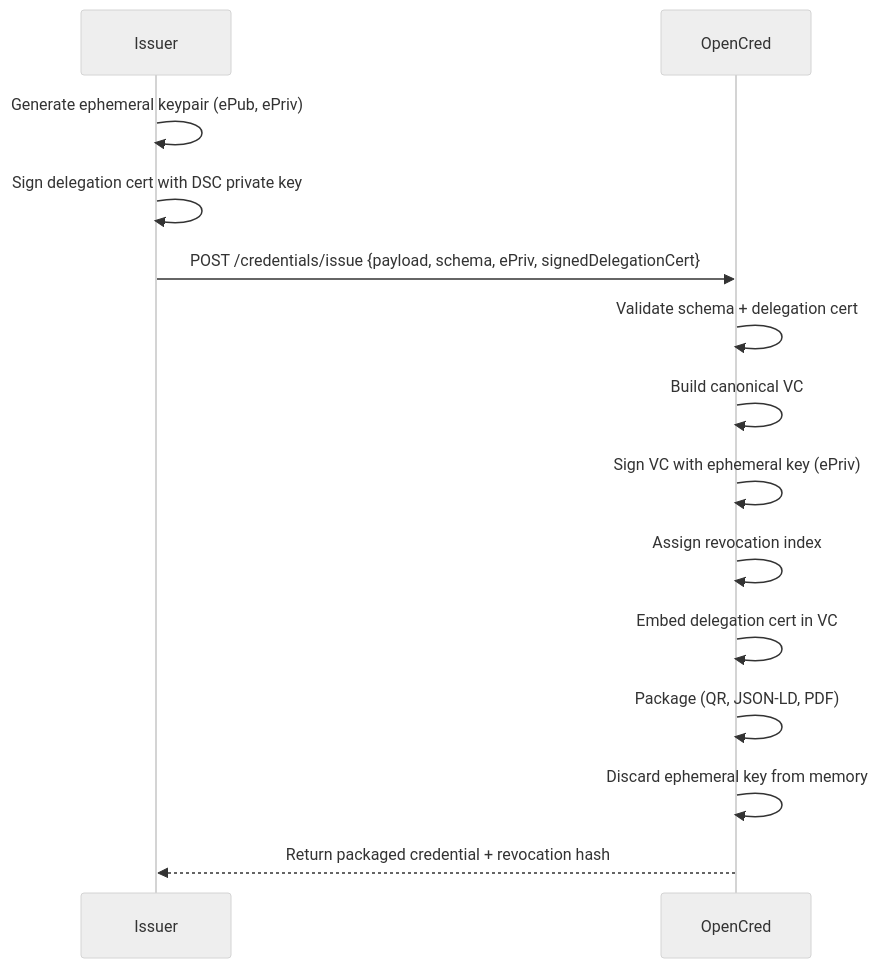
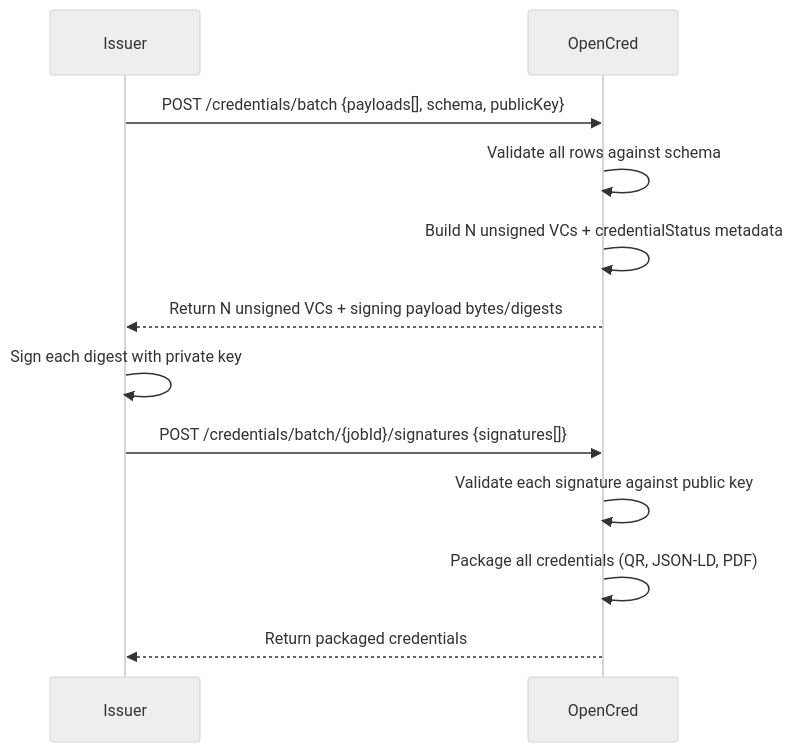
Before and after one commit to nfh-trust-labs/opencred: the fourth of 7 diagrams in OpenCred_PRD.md, drawn with Mermaid (neutral theme). The commit also changed other lines of this file and 189 other files, not shown here.

````diff
--- a/OpenCred_PRD.md
+++ b/OpenCred_PRD.md
@@ -141,17 +416,16 @@
 ```mermaid
 sequenceDiagram
     participant Issuer
     participant OpenCred
 
-    Issuer->>Issuer: Generate ephemeral keypair (ePub, ePriv)
-    Issuer->>Issuer: Sign delegation cert with DSC private key
-    Issuer->>OpenCred: POST /credentials/issue {payload, schema, ePriv, signedDelegationCert}
-    OpenCred->>OpenCred: Validate schema + delegation cert
-    OpenCred->>OpenCred: Build canonical VC
-    OpenCred->>OpenCred: Sign VC with ephemeral key (ePriv)
-    OpenCred->>OpenCred: Assign revocation index
-    OpenCred->>OpenCred: Embed delegation cert in VC
-    OpenCred->>OpenCred: Package (QR, JSON-LD, PDF)
-    OpenCred->>OpenCred: Discard ephemeral key from memory
-    OpenCred-->>Issuer: Return packaged credential + revocation hash
+    Issuer->>OpenCred: POST /credentials/batch {payloads[], schema, publicKey}
+    OpenCred->>OpenCred: Validate all rows against schema
+    OpenCred->>OpenCred: Build N unsigned VCs + credentialStatus metadata
+    OpenCred-->>Issuer: Return N unsigned VCs + signing payload bytes/digests
+
+    Issuer->>Issuer: Sign each digest with private key
+    Issuer->>OpenCred: POST /credentials/batch/{jobId}/signatures {signatures[]}
+    OpenCred->>OpenCred: Validate each signature against public key
+    OpenCred->>OpenCred: Package all credentials (QR, JSON-LD, PDF)
+    OpenCred-->>Issuer: Return packaged credentials
 ```
````
